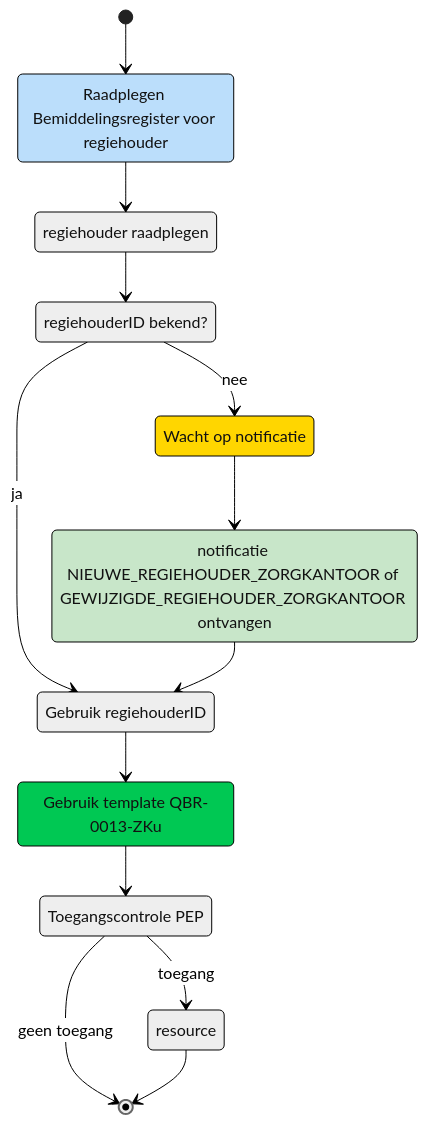
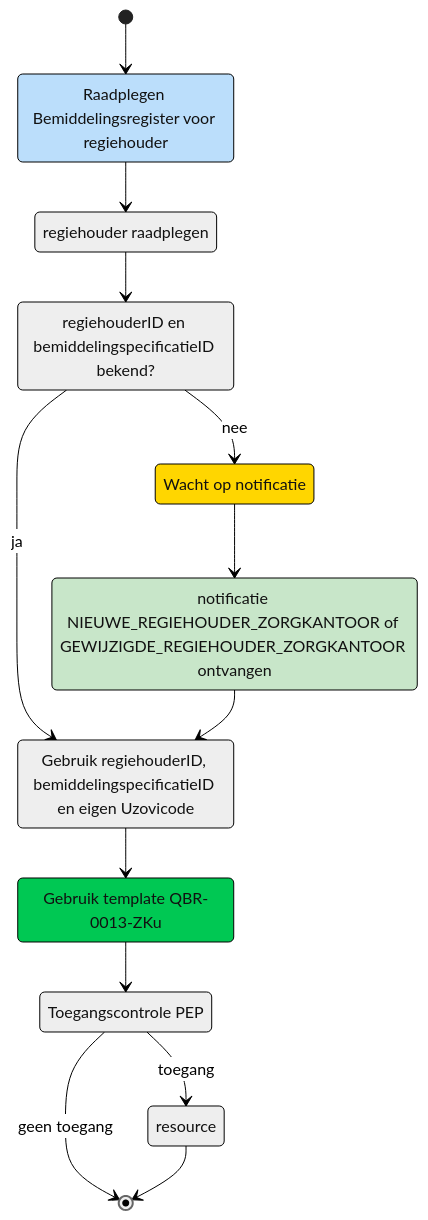
Before and after one commit to iStandaarden/iWlz-bemiddeling: the second of 2 diagrams in raadplegen/zorgkantoor/UCBR-0013-raadplegen.md, drawn with Mermaid.

Commit message:
review commentaar verwerkt

````diff
--- a/raadplegen/zorgkantoor/UCBR-0013-raadplegen.md
+++ b/raadplegen/zorgkantoor/UCBR-0013-raadplegen.md
@@ -54,37 +54,37 @@
 ```mermaid
 ---
 config:
   theme: neutral
   look: classic
 ---
 stateDiagram
   direction TB
 
   [*] --> raadplegen
   raadplegen --> welke
   welke --> idAvailable
   
   idAvailable --> notifyWait:nee
   idAvailable --> QBR0001ZAiq:ja
   notifyWait --> notifyReceive
   notifyReceive --> QBR0001ZAiq
   QBR0001ZAiq --> QBR0001ZA
  
   welke
   QBR0001ZA --> PEP
   PEP --> [*]:geen toegang
   PEP --> resource:toegang
   resource --> [*]
   raadplegen:Raadplegen Bemiddelingsregister voor regiehouder
   welke: regiehouder raadplegen
-  idAvailable:regiehouderID bekend?
+  idAvailable:regiehouderID en bemiddelingspecificatieID bekend?
   notifyWait:Wacht op notificatie
-  QBR0001ZAiq:Gebruik regiehouderID
+  QBR0001ZAiq:Gebruik regiehouderID, bemiddelingspecificatieID en eigen Uzovicode
   notifyReceive:notificatie NIEUWE_REGIEHOUDER_ZORGKANTOOR of GEWIJZIGDE_REGIEHOUDER_ZORGKANTOOR ontvangen
   QBR0001ZA:Gebruik template QBR-0013-ZKu
   PEP:Toegangscontrole PEP
   style raadplegen fill:#BBDEFB,color:none
   style notifyWait fill:#FFD600
   style notifyReceive fill:#C8E6C9
   style QBR0001ZA fill:#00C853
 ```
````
